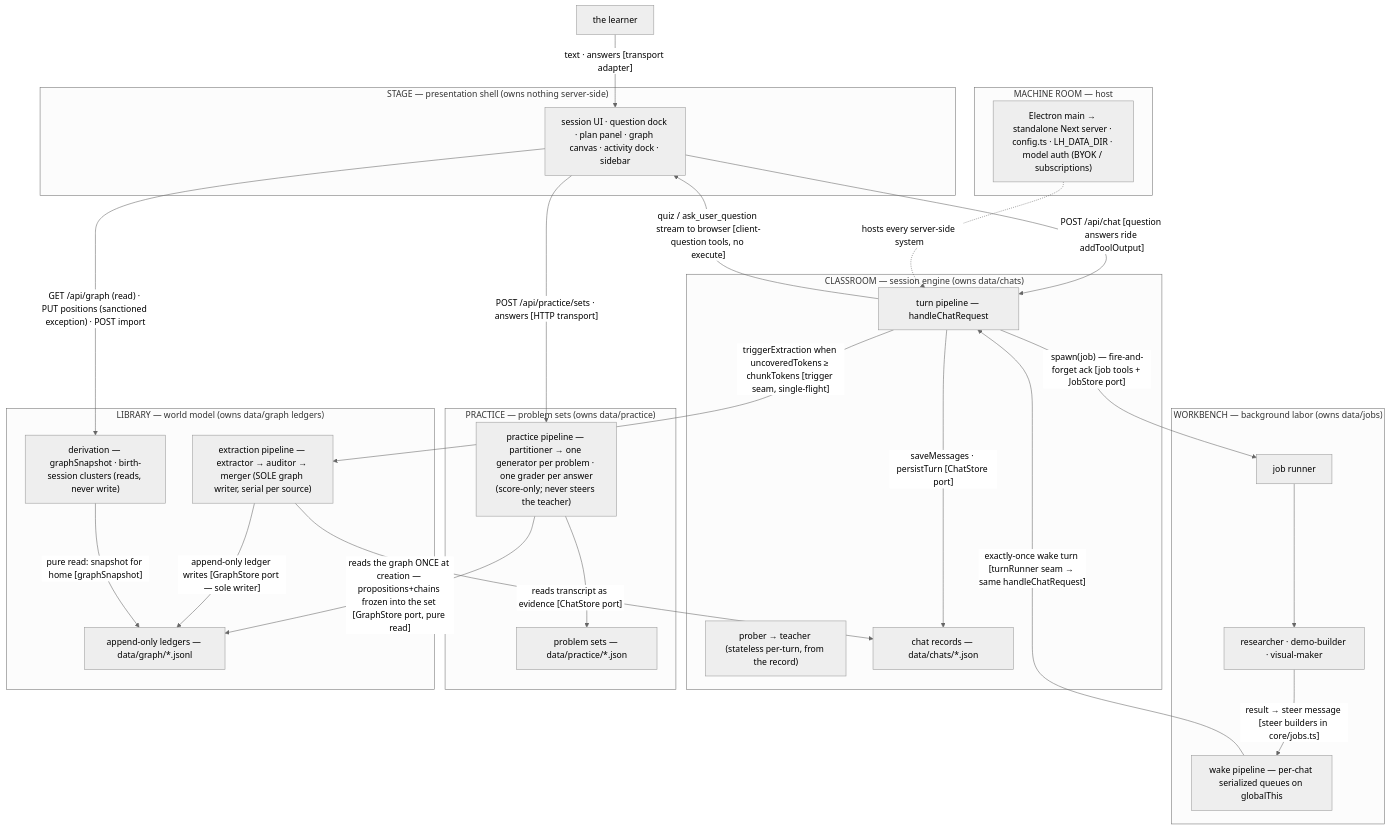
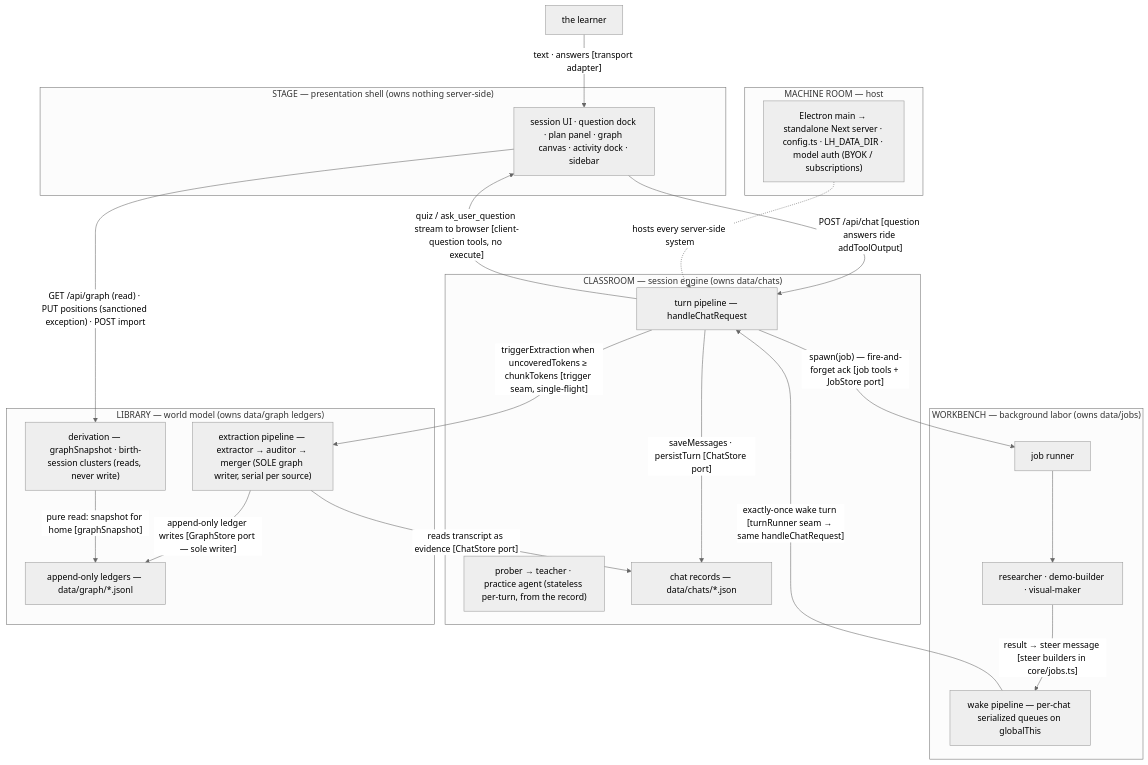
The third of 7 diagrams in docs/architecture.md (amoghu1s1/learnharness), drawn with Mermaid (neutral theme) before and after one commit. The commit also changed other lines of this file and 1 other file, not shown here.

First line of the commit message:
docs: align architecture with practice sessions

````diff
--- a/docs/architecture.md
+++ b/docs/architecture.md
@@ -216,53 +214,45 @@
 ```mermaid
 flowchart TB
     LEARNER["the learner"]
 
     subgraph STAGE["STAGE — presentation shell (owns nothing server-side)"]
         UI["session UI · question dock · plan panel · graph canvas · activity dock · sidebar"]
     end
 
     subgraph CLASSROOM["CLASSROOM — session engine (owns data/chats)"]
         TURN["turn pipeline — handleChatRequest"]
-        AGENTS["prober → teacher (stateless per-turn, from the record)"]
+        AGENTS["prober → teacher · practice agent (stateless per-turn, from the record)"]
         CHATDATA["chat records — data/chats/*.json"]
     end
 
     subgraph WORKBENCH["WORKBENCH — background labor (owns data/jobs)"]
         JOBRUN["job runner"]
         SUBAGENTS["researcher · demo-builder · visual-maker"]
         WAKE["wake pipeline — per-chat serialized queues on globalThis"]
-    end
-
-    subgraph PRAC["PRACTICE — problem sets (owns data/practice)"]
-        PPART["practice pipeline — partitioner → one generator per problem · one grader per answer<br/>(score-only; never steers the teacher)"]
-        PDATA["problem sets — data/practice/*.json"]
     end
 
     subgraph LIBRARY["LIBRARY — world model (owns data/graph ledgers)"]
         EXTRACT["extraction pipeline — extractor → auditor → merger (SOLE graph writer, serial per source)"]
         DERIVE["derivation — graphSnapshot · birth-session clusters (reads, never write)"]
         GRAPHDATA["append-only ledgers — data/graph/*.jsonl"]
     end
 
     subgraph ROOM["MACHINE ROOM — host"]
         HOST["Electron main → standalone Next server · config.ts · LH_DATA_DIR · model auth (BYOK / subscriptions)"]
     end
 
     LEARNER -->|"text · answers [transport adapter]"| UI
     UI -->|"POST /api/chat [question answers ride addToolOutput]"| TURN
     TURN -->|"quiz / ask_user_question stream to browser [client-question tools, no execute]"| UI
     TURN -->|"saveMessages · persistTurn [ChatStore port]"| CHATDATA
     TURN -->|"spawn(job) — fire-and-forget ack [job tools + JobStore port]"| JOBRUN
     JOBRUN --> SUBAGENTS
     SUBAGENTS -->|"result → steer message [steer builders in core/jobs.ts]"| WAKE
     WAKE -->|"exactly-once wake turn [turnRunner seam → same handleChatRequest]"| TURN
     TURN -->|"triggerExtraction when uncoveredTokens ≥ chunkTokens [trigger seam, single-flight]"| EXTRACT
     EXTRACT -->|"reads transcript as evidence [ChatStore port]"| CHATDATA
     EXTRACT -->|"append-only ledger writes [GraphStore port — sole writer]"| GRAPHDATA
     DERIVE -->|"pure read: snapshot for home [graphSnapshot]"| GRAPHDATA
-    UI -->|"POST /api/practice/sets · answers [HTTP transport]"| PPART
-    PPART -->|"reads the graph ONCE at creation — propositions+chains frozen into the set [GraphStore port, pure read]"| GRAPHDATA
-    PPART --> PDATA
     UI -->|"GET /api/graph (read) · PUT positions (sanctioned exception) · POST import"| DERIVE
     HOST -.->|"hosts every server-side system"| TURN
 ```
````
